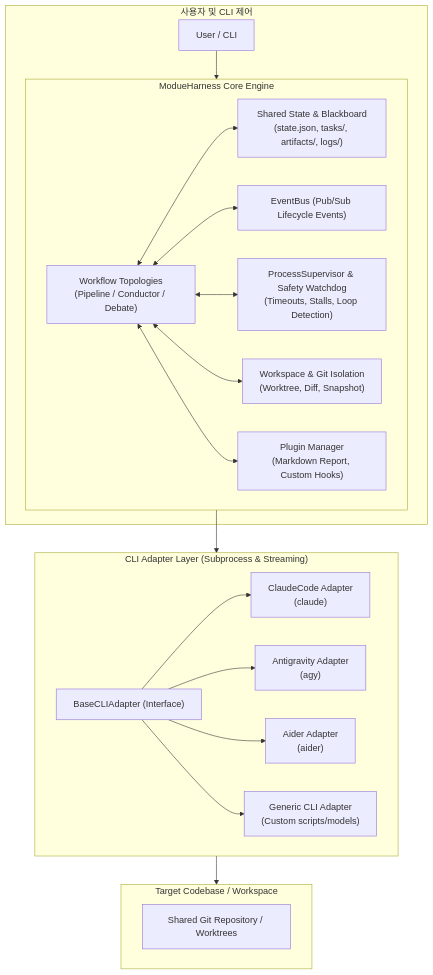
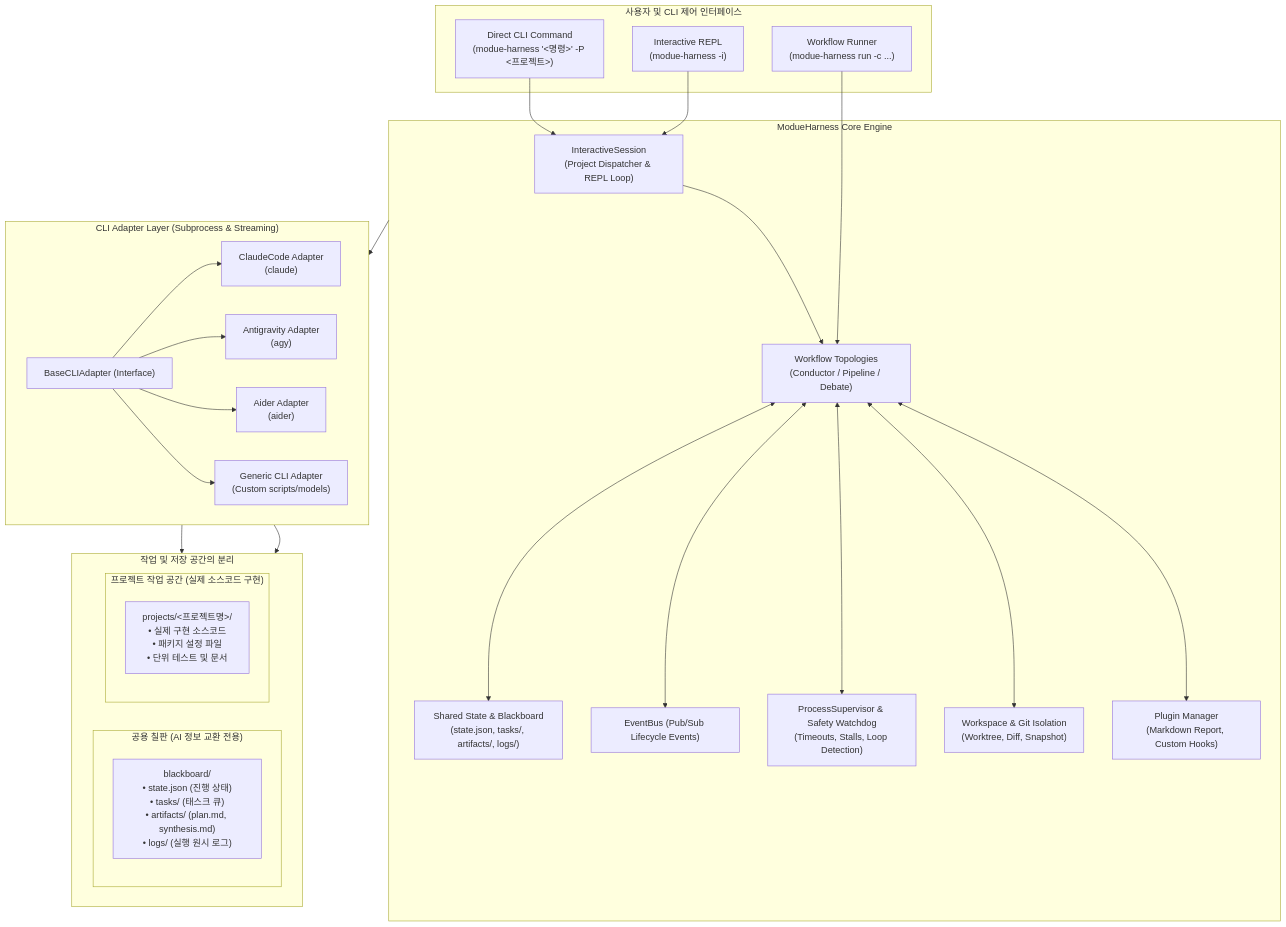
One commit to jaenimi-dev/ModueHarness changed the first of 2 diagrams in docs/architecture.md. Above: the diagram before and after it, drawn with Mermaid. The commit also changed other lines of this file and 2 other files, not shown here.

First line of the commit message:
docs: 대화형 CLI 모드 및 blackboard/projects 분리 구조 매뉴얼 전면 업데이트

````diff
--- a/docs/architecture.md
+++ b/docs/architecture.md
@@ -17,42 +18,58 @@
 ```mermaid
 flowchart TB
-    subgraph UserInterface["사용자 및 CLI 제어"]
-        User["User / CLI"] --> CoreEngine["ModueHarness Core Engine"]
+    subgraph UserInterface["사용자 및 CLI 제어 인터페이스"]
+        CLICommand["Direct CLI Command\n(modue-harness '<명령>' -P <프로젝트>)"]
+        REPL["Interactive REPL\n(modue-harness -i)"]
+        LegacyWorkflow["Workflow Runner\n(modue-harness run -c ...)"]
     end
 
     subgraph CoreEngine["ModueHarness Core Engine"]
-        WorkflowMgr["Workflow Topologies\n(Pipeline / Conductor / Debate)"]
+        InteractiveEngine["InteractiveSession\n(Project Dispatcher & REPL Loop)"]
+        WorkflowMgr["Workflow Topologies\n(Conductor / Pipeline / Debate)"]
         Blackboard["Shared State & Blackboard\n(state.json, tasks/, artifacts/, logs/)"]
         EventBus["EventBus (Pub/Sub Lifecycle Events)"]
         Supervisor["ProcessSupervisor & Safety Watchdog\n(Timeouts, Stalls, Loop Detection)"]
         WorkspaceMgr["Workspace & Git Isolation\n(Worktree, Diff, Snapshot)"]
         Plugins["Plugin Manager\n(Markdown Report, Custom Hooks)"]
         
+        InteractiveEngine --> WorkflowMgr
         WorkflowMgr <--> Blackboard
         WorkflowMgr <--> EventBus
         WorkflowMgr <--> Supervisor
         WorkflowMgr <--> WorkspaceMgr
         WorkflowMgr <--> Plugins
     end
 
     subgraph AdapterLayer["CLI Adapter Layer (Subprocess & Streaming)"]
         BaseAdapter["BaseCLIAdapter (Interface)"]
         
         ClaudeAdapter["ClaudeCode Adapter\n(claude)"]
         AGYAdapter["Antigravity Adapter\n(agy)"]
         AiderAdapter["Aider Adapter\n(aider)"]
         GenericAdapter["Generic CLI Adapter\n(Custom scripts/models)"]
         
         BaseAdapter --> ClaudeAdapter
         BaseAdapter --> AGYAdapter
         BaseAdapter --> AiderAdapter
         BaseAdapter --> GenericAdapter
     end
 
-    subgraph TargetWorkspace["Target Codebase / Workspace"]
-        SharedRepo["Shared Git Repository / Worktrees"]
+    subgraph StorageSpaces["작업 및 저장 공간의 분리"]
+        direction LR
+        subgraph BlackboardSpace["공용 칠판 (AI 정보 교환 전용)"]
+            BBDir["blackboard/\n• state.json (진행 상태)\n• tasks/ (태스크 큐)\n• artifacts/ (plan.md, synthesis.md)\n• logs/ (실행 원시 로그)"]
+        end
+
+        subgraph ProjectSpace["프로젝트 작업 공간 (실제 소스코드 구현)"]
+            ProjDir["projects/<프로젝트명>/\n• 실제 구현 소스코드\n• 패키지 설정 파일\n• 단위 테스트 및 문서"]
+        end
     end
 
+    CLICommand --> InteractiveEngine
+    REPL --> InteractiveEngine
+    LegacyWorkflow --> WorkflowMgr
+
     CoreEngine --> AdapterLayer
-    AdapterLayer --> TargetWorkspace
+    AdapterLayer --> BlackboardSpace
+    AdapterLayer --> ProjectSpace
 ```
````
